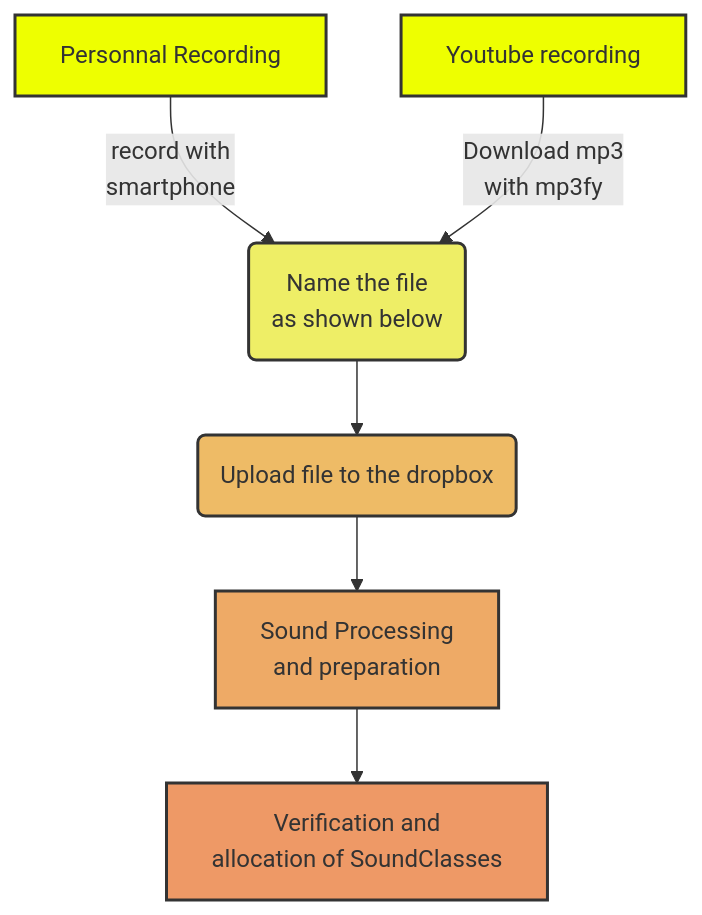
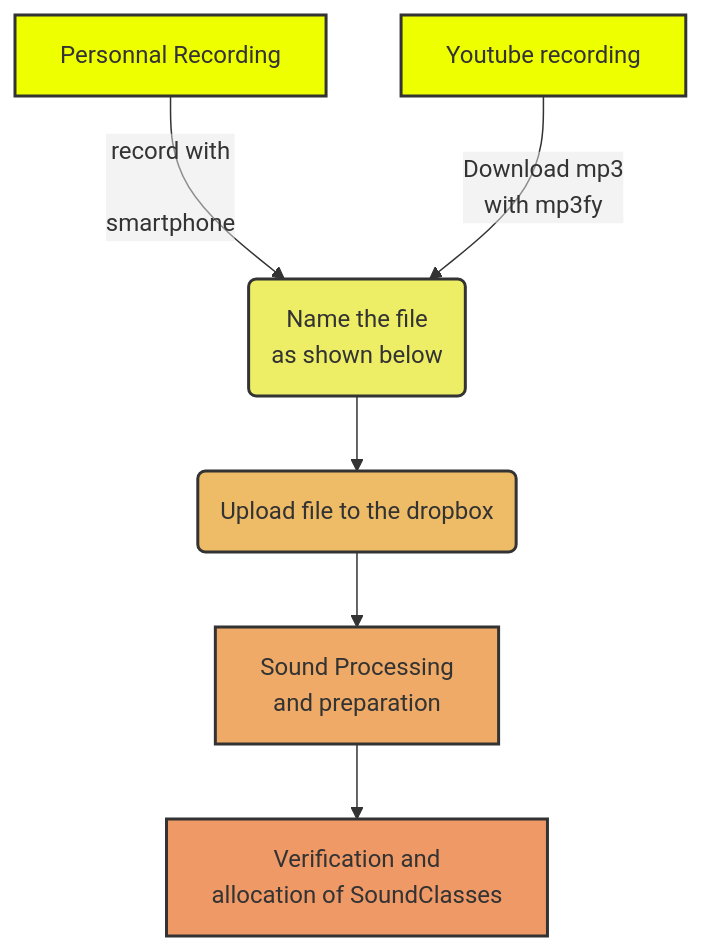
The diagram in README.md (FrogBoss74/RealCatTranslator), drawn with Mermaid before and after one commit. The commit also changed other lines of this file, not shown here.

````diff
--- a/README.md
+++ b/README.md
@@ -25,15 +25,15 @@
 ```mermaid
 
 graph TD
-A1[Personnal <span>Recording</span>] -->|record with <br>smartphone</b></center>| B(<center>Name the file <br>as shown below</br></center>)
-A2[Youtube recording] -->|Download mp3 <br>with mp3fy</br>| B
+A1[Personnal <span>Recording</span>] -->|<center>record with <center><br>smartphone</b></center>| B(<center>Name the file <br>as shown below</br></center>)
+A2[Youtube recording] -->|<center>Download mp3 <br>with mp3fy</br></center>| B
 B --> C(Upload file to the dropbox)
 C -->D1[<center>Sound Processing <br>and preparation</br></center>]
 D1 -->D2[<center>Verification and <br>allocation of SoundClasses</br></center>]
 style A1 fill:#ef0,stroke:#333,stroke-width:2px;
 style A2 fill:#ef0,stroke:#333,stroke-width:2px;
 style B fill:#ee6,stroke:#333,stroke-width:2px;
 style C fill:#eb6,stroke:#333,stroke-width:2px;
 style D1 fill:#ea6,stroke:#333,stroke-width:2px;
 style D2 fill:#e96,stroke:#333,stroke-width:2px;
 ```
````
